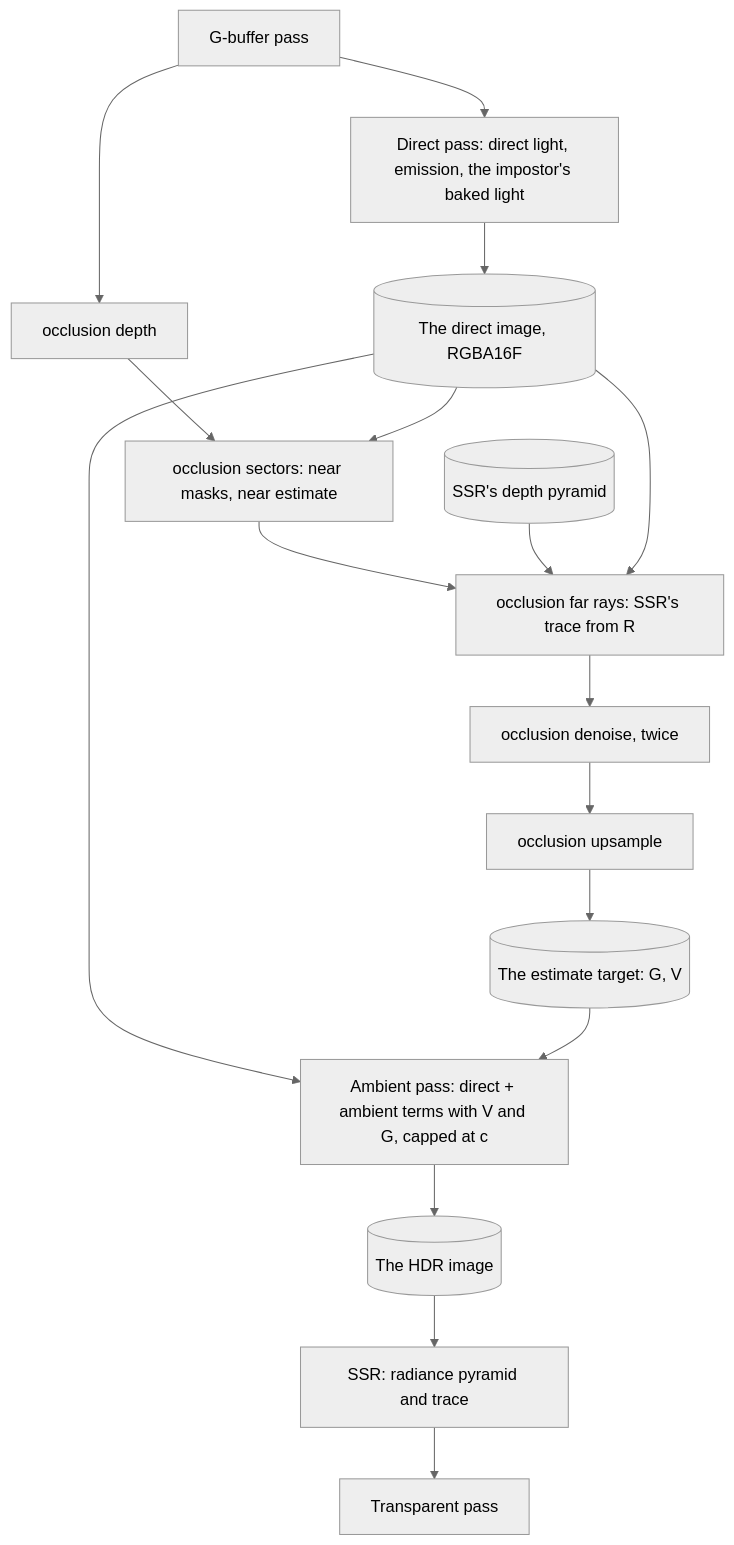
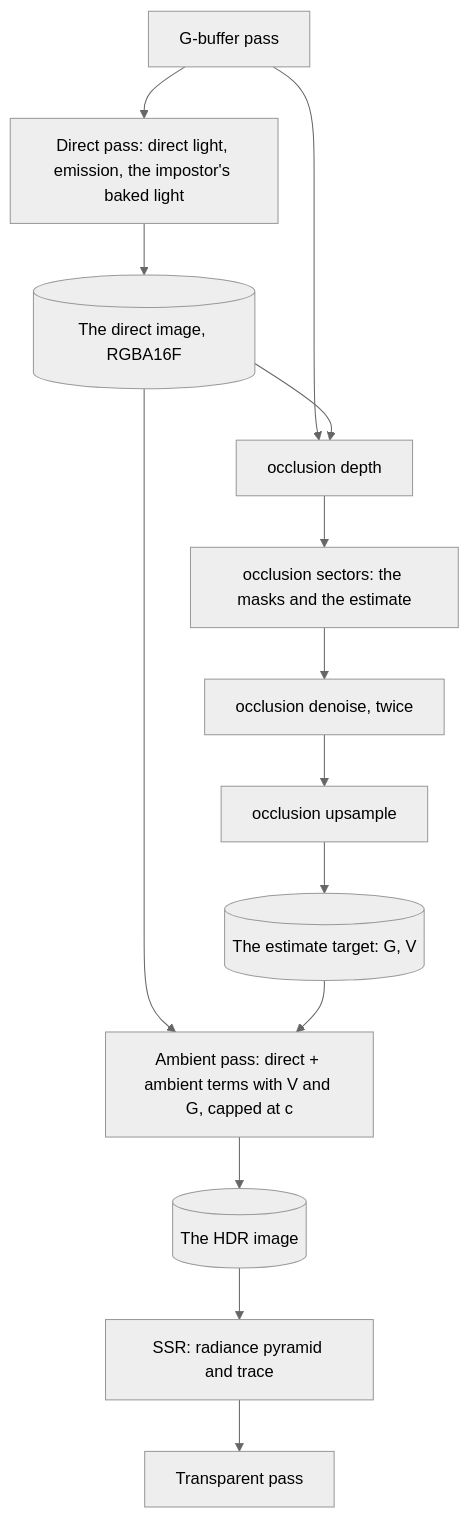
Before and after one commit to alexispurslane/tertius: the second of 3 diagrams in docs/plans/screen-space-illumination.md, drawn with Mermaid (neutral theme). The commit also changed other lines of this file and 4 other files, not shown here.

````diff
--- a/docs/plans/screen-space-illumination.md
+++ b/docs/plans/screen-space-illumination.md
@@ -541,19 +460,16 @@
 ```mermaid
 flowchart TD
     GB["G-buffer pass"] --> DP["Direct pass: direct light, emission, the impostor's baked light"]
     DP --> DI[("The direct image, RGBA16F")]
     GB --> OD["occlusion depth"]
-    OD --> OS["occlusion sectors: near masks, near estimate"]
-    DI --> OS
-    OS --> OF["occlusion far rays: SSR's trace from R"]
-    PY[("SSR's depth pyramid")] --> OF
-    DI --> OF
-    OF --> DN["occlusion denoise, twice"]
+    DI --> OD
+    OD --> OS["occlusion sectors: the masks and the estimate"]
+    OS --> DN["occlusion denoise, twice"]
     DN --> UP["occlusion upsample"]
     UP --> ET[("The estimate target: G, V")]
     DI --> AP["Ambient pass: direct + ambient terms with V and G, capped at c"]
     ET --> AP
     AP --> HDR[("The HDR image")]
     HDR --> RF["SSR: radiance pyramid and trace"]
     RF --> TR["Transparent pass"]
 ```
````
